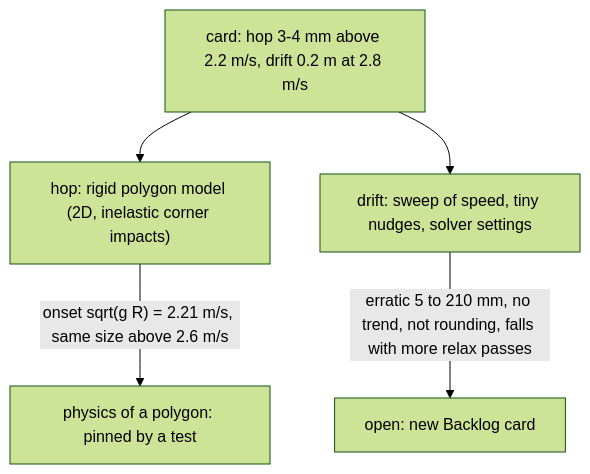
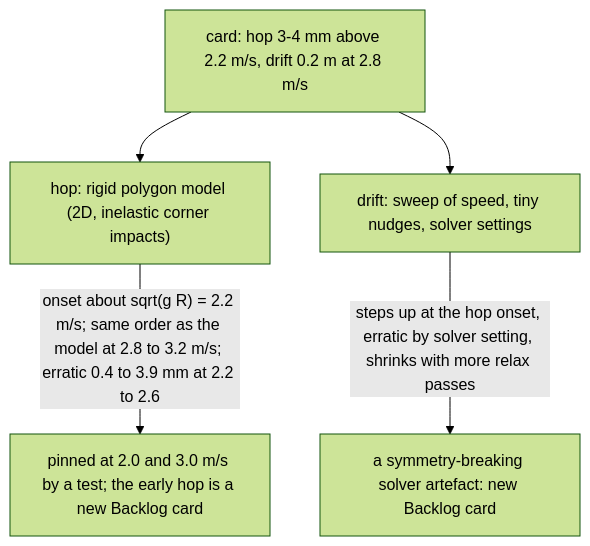
The diagram in reviews/8-76.md (giamat90/DuckEngine), drawn with Mermaid (forest theme) before and after one commit. The commit also changed other lines of this file and 1 other file, not shown here.

Commit message:
docs(physics): correct the claims of review 8-76 and loosen the hop bound

````diff
--- a/reviews/8-76.md
+++ b/reviews/8-76.md
@@ -5,7 +5,7 @@
 ```mermaid
 flowchart TD
   Q["card: hop 3-4 mm above 2.2 m/s, drift 0.2 m at 2.8 m/s"] --> H["hop: rigid polygon model (2D, inelastic corner impacts)"]
   Q --> D["drift: sweep of speed, tiny nudges, solver settings"]
-  H -->|"onset sqrt(g R) = 2.21 m/s, same size above 2.6 m/s"| P["physics of a polygon: pinned by a test"]
-  D -->|"erratic 5 to 210 mm, no trend, not rounding, falls with more relax passes"| O["open: new Backlog card"]
+  H -->|"onset about sqrt(g R) = 2.2 m/s; same order as the model at 2.8 to 3.2 m/s; erratic 0.4 to 3.9 mm at 2.2 to 2.6"| P["pinned at 2.0 and 3.0 m/s by a test; the early hop is a new Backlog card"]
+  D -->|"steps up at the hop onset, erratic by solver setting, shrinks with more relax passes"| O["a symmetry-breaking solver artefact: new Backlog card"]
 ```
````
